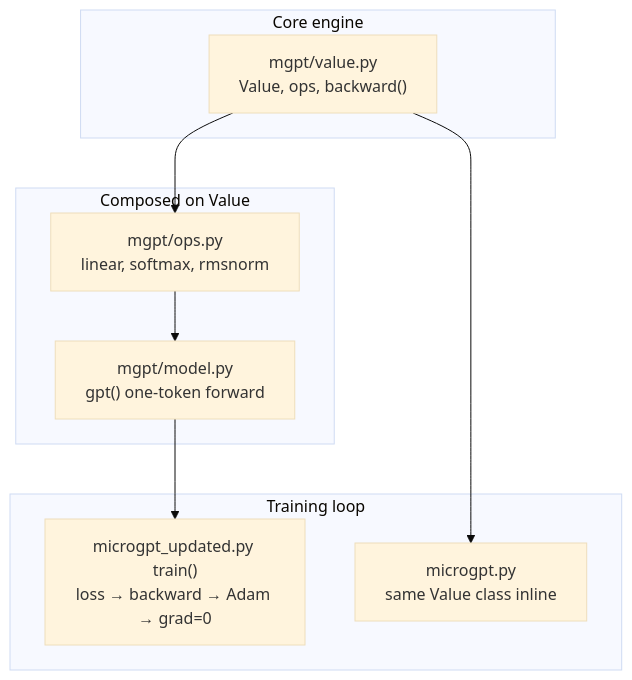
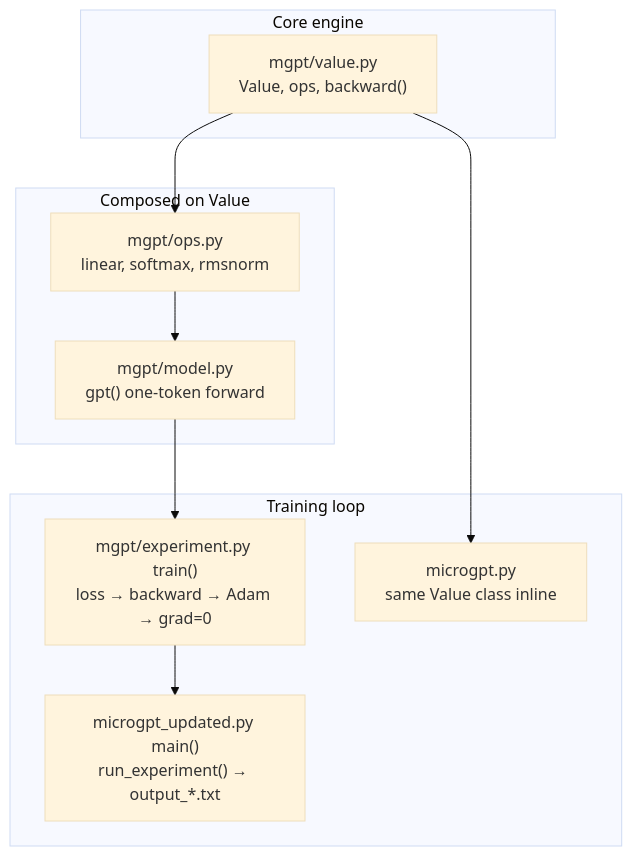
Before and after one commit to neomatrix369/microgpt-experiments: the ninth of 9 diagrams in docs/autograd-deep-dive.md, drawn with Mermaid (base theme). The commit also changed other lines of this file and 9 other files, not shown here.

````diff
--- a/docs/autograd-deep-dive.md
+++ b/docs/autograd-deep-dive.md
@@ -331,16 +333,18 @@
 ```mermaid
 flowchart TB
   subgraph core [Core engine]
     Value["mgpt/value.py\nValue, ops, backward()"]
   end
   subgraph compose [Composed on Value]
     Ops["mgpt/ops.py\nlinear, softmax, rmsnorm"]
     Model["mgpt/model.py\ngpt() one-token forward"]
   end
   subgraph loop [Training loop]
-    Train["microgpt_updated.py train()\nloss → backward → Adam → grad=0"]
+    Train["mgpt/experiment.py train()\nloss → backward → Adam → grad=0"]
+    Entry["microgpt_updated.py main()\nrun_experiment() → output_*.txt"]
     Compact["microgpt.py\nsame Value class inline"]
   end
   Value --> Ops --> Model --> Train
+  Train --> Entry
   Value --> Compact
 ```
````
